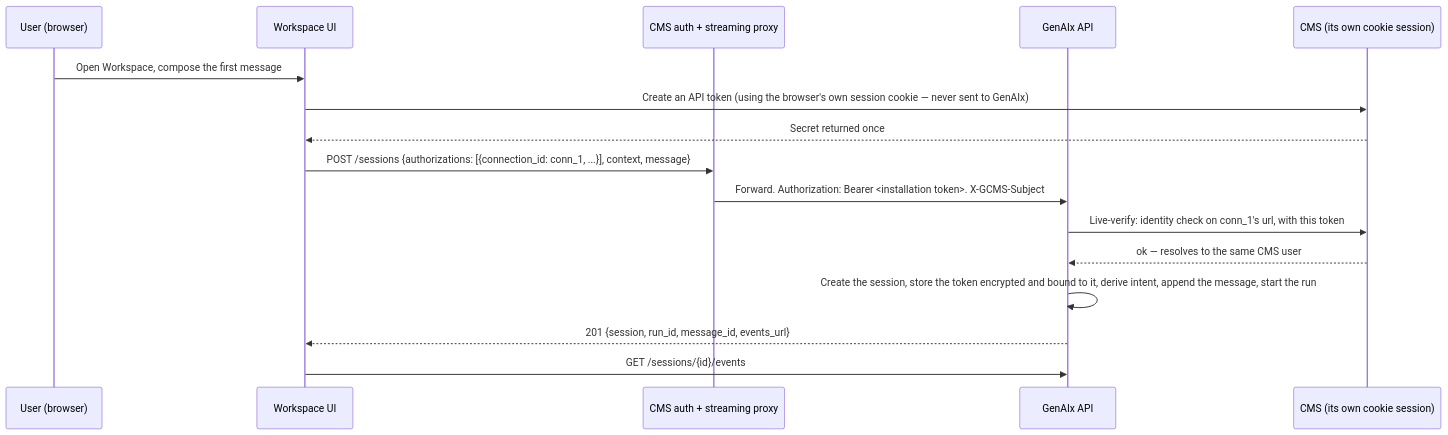
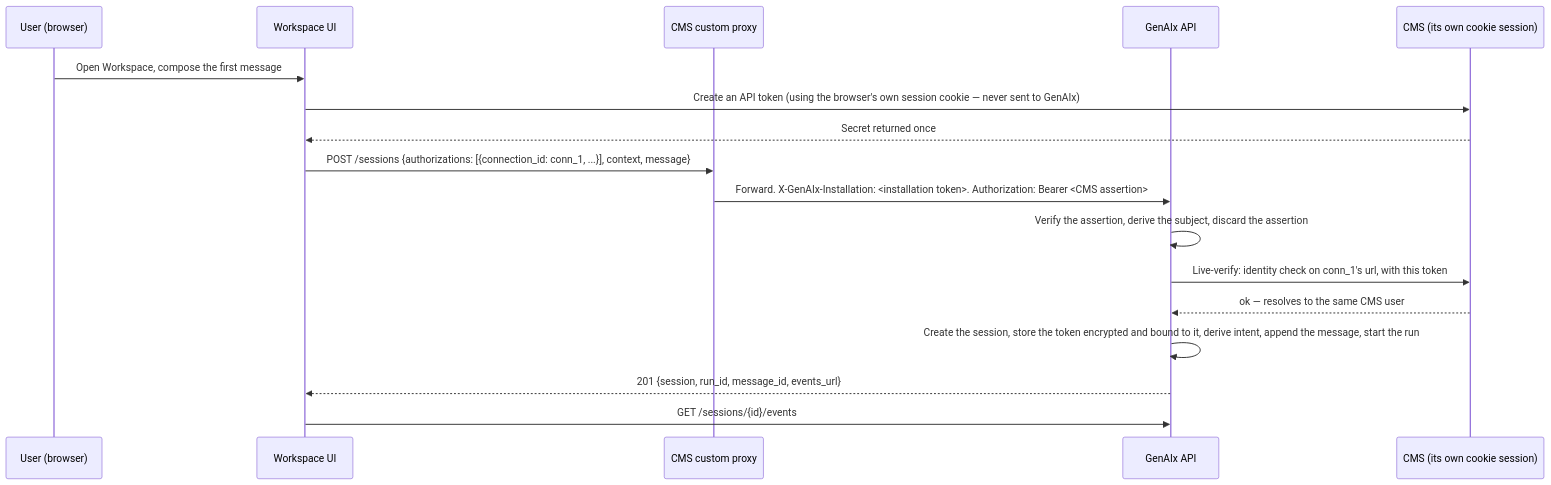
Before and after one commit to gentics/cms-oss: the first of 5 diagrams in workspace-ui/.claude/contracts/genaix-docs/02-auth-and-context-flow.md, drawn with Mermaid. The commit also changed other lines of this file and 18 other files, not shown here.

````diff
--- a/workspace-ui/.claude/contracts/genaix-docs/02-auth-and-context-flow.md
+++ b/workspace-ui/.claude/contracts/genaix-docs/02-auth-and-context-flow.md
@@ -170,19 +213,20 @@
 ```mermaid
 sequenceDiagram
     participant U as User (browser)
     participant W as Workspace UI
-    participant P as CMS auth + streaming proxy
+    participant P as CMS custom proxy
     participant G as GenAIx API
     participant C as CMS (its own cookie session)
 
     U->>W: Open Workspace, compose the first message
     W->>C: Create an API token (using the browser's own session cookie — never sent to GenAIx)
     C-->>W: Secret returned once
     W->>P: POST /sessions {authorizations: [{connection_id: conn_1, ...}], context, message}
-    P->>G: Forward. Authorization: Bearer <installation token>. X-GCMS-Subject
+    P->>G: Forward. X-GenAIx-Installation: <installation token>. Authorization: Bearer <CMS assertion>
+    G->>G: Verify the assertion, derive the subject, discard the assertion
     G->>C: Live-verify: identity check on conn_1's url, with this token
     C-->>G: ok — resolves to the same CMS user
     G->>G: Create the session, store the token encrypted and bound to it, derive intent, append the message, start the run
     G-->>W: 201 {session, run_id, message_id, events_url}
     W->>G: GET /sessions/{id}/events
 ```
````
